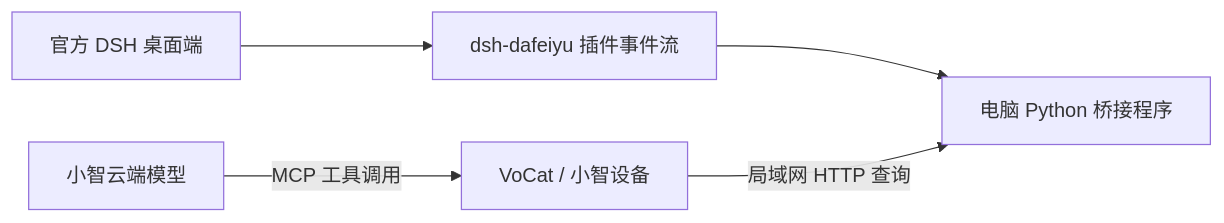
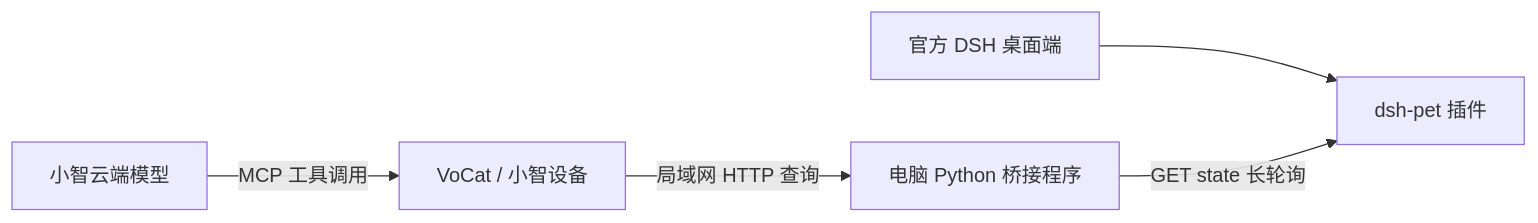
Before and after one commit to ruixu2395/esp-brookesia: the diagram in examples/agent/chatbot/DSH_BRIDGE_CN.md, drawn with Mermaid. The commit also changed other lines of this file and 6 other files, not shown here.

Commit message:
feat(chatbot): migrate DSH status bridge to dsh-pet

````diff
--- a/examples/agent/chatbot/DSH_BRIDGE_CN.md
+++ b/examples/agent/chatbot/DSH_BRIDGE_CN.md
@@ -12,7 +17,7 @@
 ```mermaid
 flowchart LR
-    D[官方 DSH 桌面端] --> P[dsh-dafeiyu 插件事件流]
-    P --> B[电脑 Python 桥接程序]
+    D[官方 DSH 桌面端] --> P[dsh-pet 插件]
+    B[电脑 Python 桥接程序] -->|GET state 长轮询| P
     X[VoCat / 小智设备] -->|局域网 HTTP 查询| B
     C[小智云端模型] -->|MCP 工具调用| X
 ```
````
